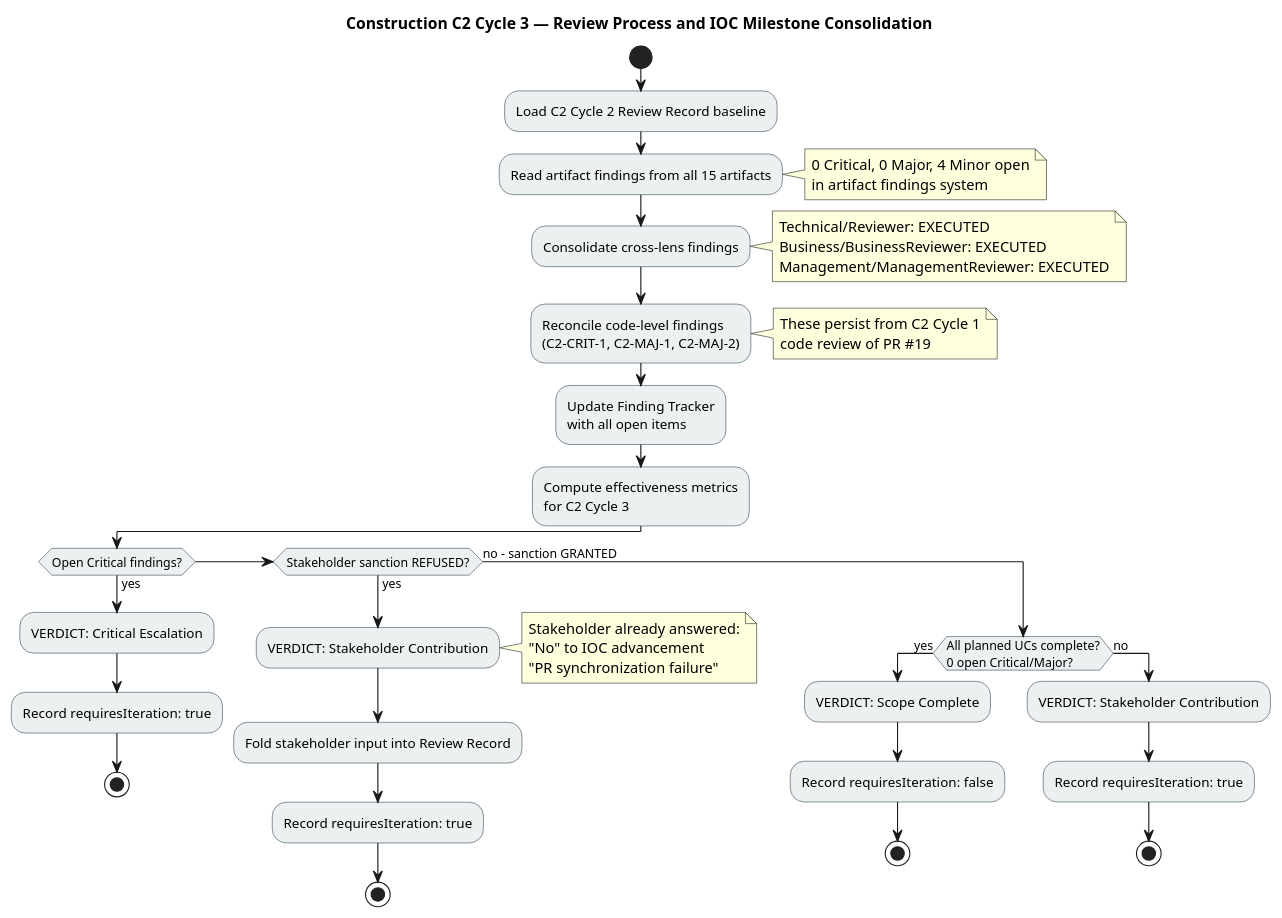
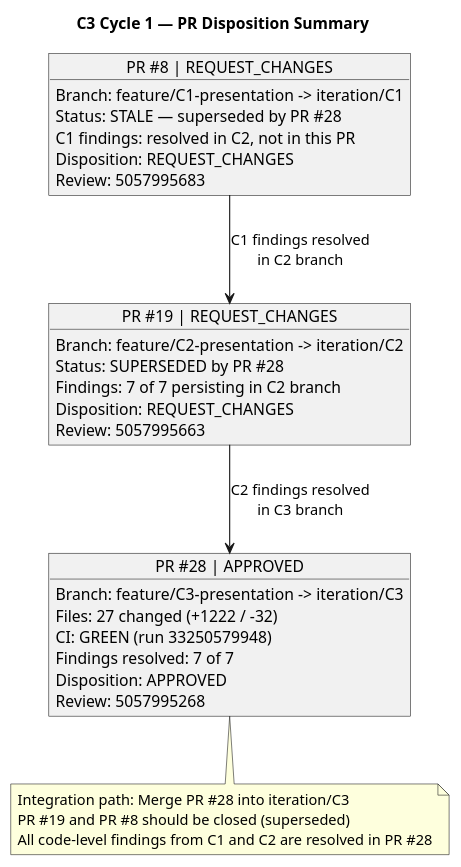
One commit to banense-test/portal-cuba-corp changed the third of 3 diagrams in docs/artifacts/project-management/review-record.md. Above: the diagram before and after it, drawn with PlantUML. The commit also changed other lines of this file, not shown here.

First line of the commit message:
Code Reviewer [C3]: upsert Review Record

````diff
--- a/docs/artifacts/project-management/review-record.md
+++ b/docs/artifacts/project-management/review-record.md
@@ -481,64 +285,44 @@
 ```plantuml
 @startuml
-title Construction C2 Cycle 3 — Review Process and IOC Milestone Consolidation
+title C3 Cycle 1 — PR Disposition Summary
 
-skinparam activityBorderColor #2C3E50
-skinparam activityBackgroundColor #ECF0F1
+skinparam classBorderColor #2C3E50
+skinparam classBackgroundColor #ECF0F1
+skinparam classAttributeIconSize 0
 
-start
+object "PR #28 | APPROVED" as PR28 {
+  Branch: feature/C3-presentation -> iteration/C3
+  Files: 27 changed (+1222 / -32)
+  CI: GREEN (run 33250579948)
+  Findings resolved: 7 of 7
+  Disposition: APPROVED
+  Review: 5057995268
+}
 
-:Load C2 Cycle 2 Review Record baseline;
-:Read artifact findings from all 15 artifacts;
-note right
-  0 Critical, 0 Major, 4 Minor open
-  in artifact findings system
+object "PR #19 | REQUEST_CHANGES" as PR19 {
+  Branch: feature/C2-presentation -> iteration/C2
+  Status: SUPERSEDED by PR #28
+  Findings: 7 of 7 persisting in C2 branch
+  Disposition: REQUEST_CHANGES
+  Review: 5057995663
+}
+
+object "PR #8 | REQUEST_CHANGES" as PR8 {
+  Branch: feature/C1-presentation -> iteration/C1
+  Status: STALE — superseded by PR #28
+  C1 findings: resolved in C2, not in this PR
+  Disposition: REQUEST_CHANGES
+  Review: 5057995683
+}
+
+PR8 --> PR19 : C1 findings resolved\nin C2 branch
+PR19 --> PR28 : C2 findings resolved\nin C3 branch
+
+note bottom of PR28
+  Integration path: Merge PR #28 into iteration/C3
+  PR #19 and PR #8 should be closed (superseded)
+  All code-level findings from C1 and C2 are resolved in PR #28
 end note
-
-:Consolidate cross-lens findings;
-note right
-  Technical/Reviewer: EXECUTED
-  Business/BusinessReviewer: EXECUTED
-  Management/ManagementReviewer: EXECUTED
-end note
-
-:Reconcile code-level findings
-(C2-CRIT-1, C2-MAJ-1, C2-MAJ-2);
-note right
-  These persist from C2 Cycle 1
-  code review of PR #19
-end note
-
-:Update Finding Tracker
-with all open items;
-
-:Compute effectiveness metrics
-for C2 Cycle 3;
-
-if (Open Critical findings?) then (yes)
-  :VERDICT: Critical Escalation;
-  :Record requiresIteration: true;
-  stop
-elseif (Stakeholder sanction REFUSED?) then (yes)
-  :VERDICT: Stakeholder Contribution;
-  note right
-    Stakeholder already answered:
-    "No" to IOC advancement
-    "PR synchronization failure"
-  end note
-  :Fold stakeholder input into Review Record;
-  :Record requiresIteration: true;
-  stop
-else (no - sanction GRANTED)
-  if (All planned UCs complete?\n0 open Critical/Major?) then (yes)
-    :VERDICT: Scope Complete;
-    :Record requiresIteration: false;
-    stop
-  else (no)
-    :VERDICT: Stakeholder Contribution;
-    :Record requiresIteration: true;
-    stop
-  endif
-endif
 
 @enduml
 ```
````
